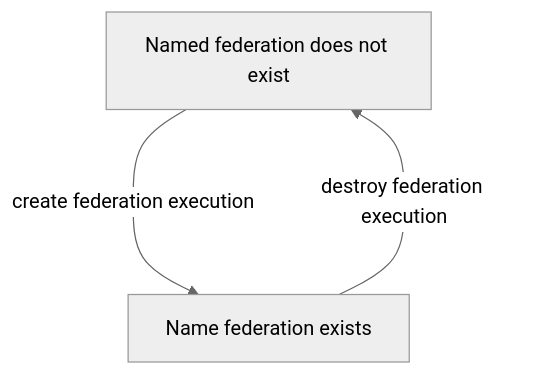
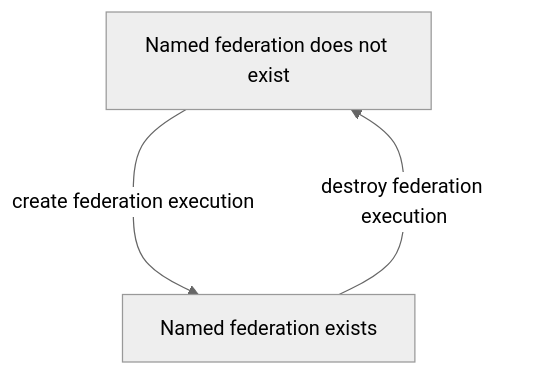
One commit to hla-dev/hlaprogramming-gitbook changed the diagram in federation-management.md. Above: the diagram before and after it, drawn with Mermaid (neutral theme). The commit also changed other lines of this file and 2 other files, not shown here.

````diff
--- a/federation-management.md
+++ b/federation-management.md
@@ -12,8 +11,8 @@
 ```mermaid
 flowchart TD
-    state1[Named federation does not exist]
-    state2[Name federation exists]
+  state1[Named federation does not exist]
+  state2[Named federation exists]
 
-    state1-- create federation execution --->state2
-    state2-- destroy federation execution --->state1
+  state1-- create federation execution --->state2
+  state2-- destroy federation execution --->state1
 ```
````
